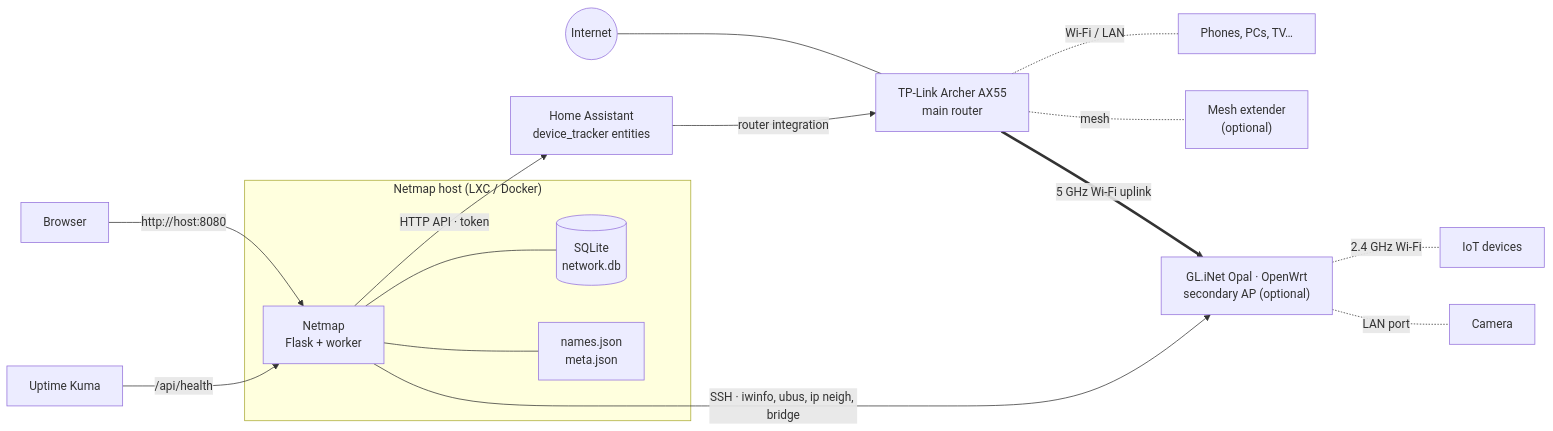
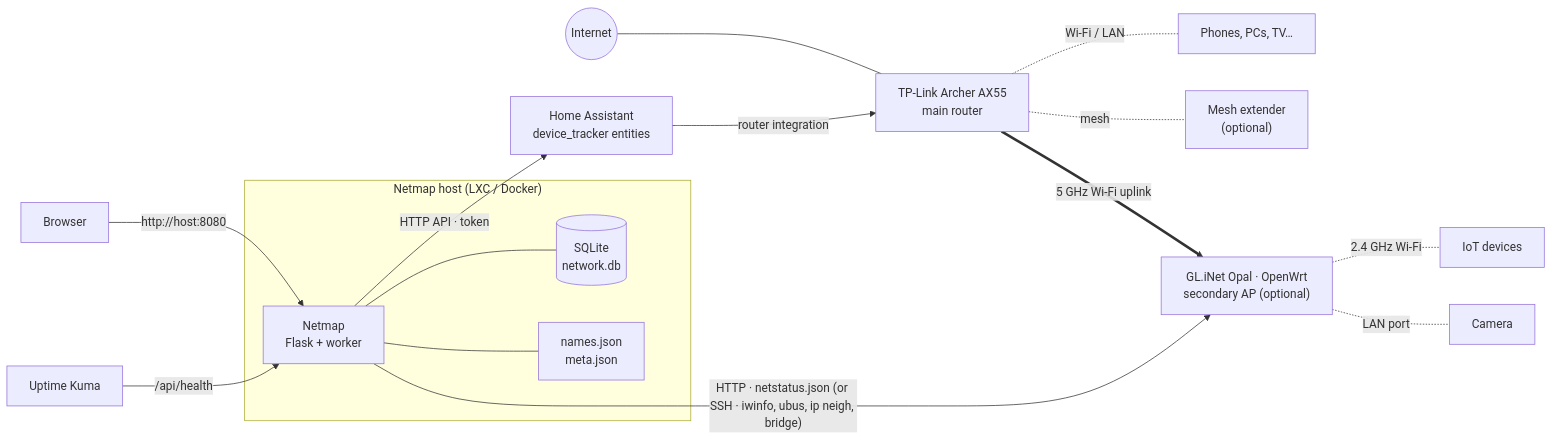
The first of 3 diagrams in README.md (Tkd-Alex/netmap), drawn with Mermaid before and after one commit. The commit also changed other lines of this file and 11 other files, not shown here.

First line of the commit message:
feat(opal): read the Opal from its netstatus JSON over HTTP

````diff
--- a/README.md
+++ b/README.md
@@ -33,21 +33,21 @@
 ```mermaid
 flowchart LR
     internet((Internet)) --- ax55["TP-Link Archer AX55<br/>main router"]
     ax55 -. "Wi-Fi / LAN" .- clients1["Phones, PCs, TV…"]
     ax55 -. mesh .- re["Mesh extender<br/>(optional)"]
     ax55 == "5 GHz Wi-Fi uplink" ==> opal["GL.iNet Opal · OpenWrt<br/>secondary AP (optional)"]
     opal -. "2.4 GHz Wi-Fi" .- iot["IoT devices"]
     opal -. "LAN port" .- cam["Camera"]
 
     ha["Home Assistant<br/>device_tracker entities"] -- "router integration" --> ax55
 
     subgraph host ["Netmap host (LXC / Docker)"]
         netmap["Netmap<br/>Flask + worker"] --- db[("SQLite<br/>network.db")]
         netmap --- files["names.json<br/>meta.json"]
     end
 
     netmap -- "HTTP API · token" --> ha
-    netmap -- "SSH · iwinfo, ubus, ip neigh, bridge" --> opal
+    netmap -- "HTTP · netstatus.json (or SSH · iwinfo, ubus, ip neigh, bridge)" --> opal
     browser["Browser"] -- "http://host:8080" --> netmap
     kuma["Uptime Kuma"] -- "/api/health" --> netmap
 ```
````
